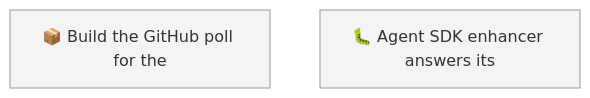
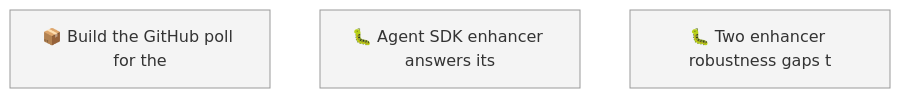
One commit to RichardHightower/reliable-agentic-lab changed the first of 2 diagrams in docs/roadmap.md. Above: the diagram before and after it, drawn with Mermaid. The commit also changed other lines of this file and 1 other file, not shown here.

First line of the commit message:
Log the two enhancer gaps left for both runtime ports (#110)

````diff
--- a/docs/roadmap.md
+++ b/docs/roadmap.md
@@ -40,7 +44,8 @@
 ```mermaid
 graph TD
     01M12SG1CQ9J0PZW9KW4E01PYP["📦 Build the GitHub poll for the"]
     01M12SG9VN7PCKTF5Q5MHRZNC6["🐛 Agent SDK enhancer answers its"]
+    01M12T09RFH8TP0RAWN4QN23YM["🐛 Two enhancer robustness gaps t"]
     classDef todo fill:#f4f4f4,stroke:#999999
-    class 01M12SG1CQ9J0PZW9KW4E01PYP,01M12SG9VN7PCKTF5Q5MHRZNC6 todo
+    class 01M12SG1CQ9J0PZW9KW4E01PYP,01M12SG9VN7PCKTF5Q5MHRZNC6,01M12T09RFH8TP0RAWN4QN23YM todo
 ```
````
